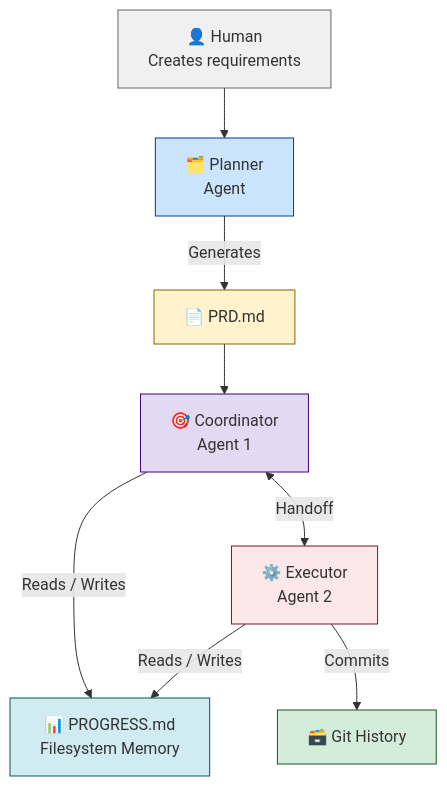
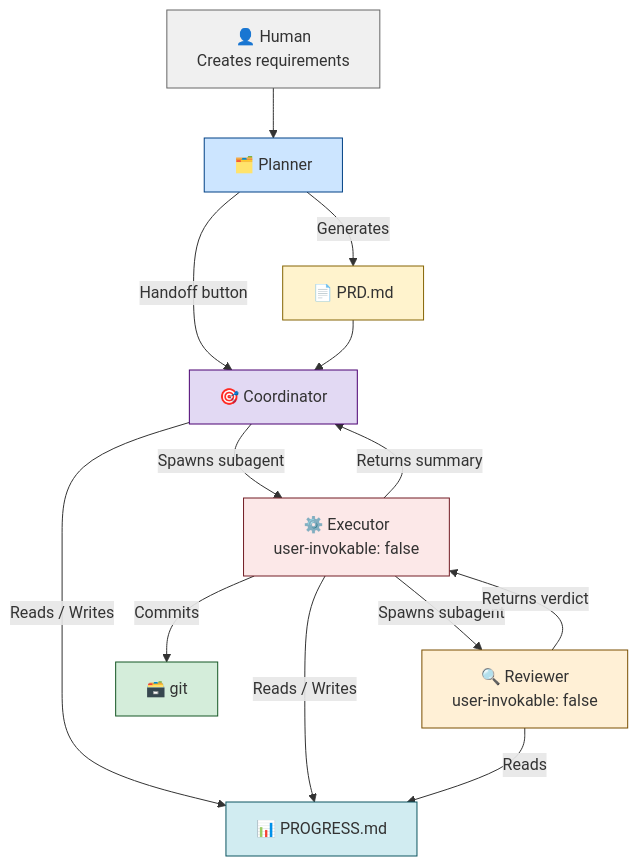
The first of 2 diagrams in README.md (giocaizzi/vscode-ralph), drawn with Mermaid before and after one commit. The commit also changed other lines of this file, not shown here.

Commit message:
feat: enhance execution flow and add Reviewer subagent to architecture diagram

````diff
--- a/README.md
+++ b/README.md
@@ -19,21 +19,27 @@
 ```mermaid
 flowchart TD
-    Human["👤 Human\nCreates requirements"] --> Planner["🗂️ Planner\nAgent"]
+    Human["👤 Human\nCreates requirements"] --> Planner["🗂️ Planner"]
     Planner -->|"Generates"| PRD["📄 PRD.md"]
+    Planner -->|"Handoff button"| Coordinator
 
-    PRD --> Coordinator["🎯 Coordinator\nAgent 1"]
-    Coordinator <-->|"Handoff"| Executor["⚙️ Executor\nAgent 2"]
+    PRD --> Coordinator["🎯 Coordinator"]
+    Coordinator -->|"Spawns subagent"| Executor["⚙️ Executor\nuser-invokable: false"]
+    Executor -->|"Spawns subagent"| Reviewer["🔍 Reviewer\nuser-invokable: false"]
+    Reviewer -->|"Returns verdict"| Executor
+    Executor -->|"Returns summary"| Coordinator
 
-    Coordinator -->|"Reads / Writes"| Progress["📊 PROGRESS.md\nFilesystem Memory"]
+    Coordinator -->|"Reads / Writes"| Progress["📊 PROGRESS.md"]
     Executor -->|"Reads / Writes"| Progress
+    Reviewer -->|"Reads"| Progress
 
-    Executor -->|"Commits"| Git["🗃️ Git History"]
+    Executor -->|"Commits"| Git["🗃️ git"]
 
     style Human fill:#f0f0f0,stroke:#666
     style PRD fill:#fff3cd,stroke:#856404
     style Progress fill:#d1ecf1,stroke:#0c5460
     style Git fill:#d4edda,stroke:#155724
     style Planner fill:#cce5ff,stroke:#004085
     style Coordinator fill:#e2d9f3,stroke:#4a0072
     style Executor fill:#fce8e8,stroke:#721c24
+    style Reviewer fill:#fff0d6,stroke:#7a4f00
 ```
````
